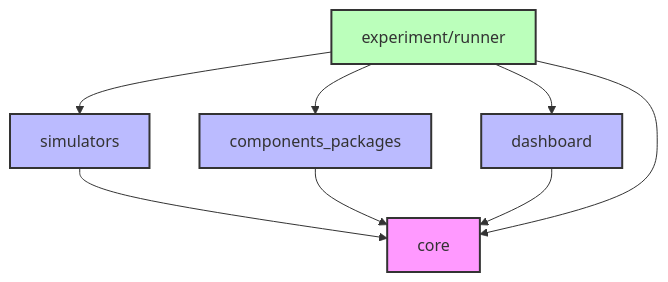
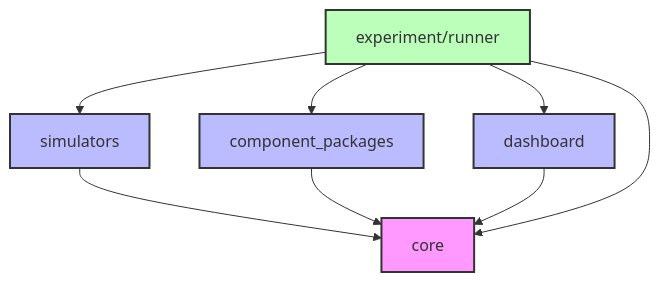
The first of 2 diagrams in README.md (masahiro-kubota/python-self-driving-simulator), drawn with Mermaid before and after one commit. The commit also changed other lines of this file and 27 other files, not shown here.

````diff
--- a/README.md
+++ b/README.md
@@ -80,29 +80,29 @@
 ```mermaid
 graph TD
     %% Core Framework
     Core[core]
 
     %% Simulators
     Sim[simulators] --> Core
 
     %% Components
-    Comp[components_packages] --> Core
+    Comp[component_packages] --> Core
 
     %% Dashboard
     Dash[dashboard] --> Core
 
     %% Experiment Runner
     Runner[experiment/runner] --> Core
     Runner --> Sim
     Runner --> Comp
     Runner --> Dash
 
     %% Styling
     classDef core fill:#f9f,stroke:#333,stroke-width:2px;
     classDef impl fill:#bbf,stroke:#333,stroke-width:2px;
     classDef app fill:#bfb,stroke:#333,stroke-width:2px;
 
     class Core core;
     class Sim,Comp,Dash impl;
     class Runner app;
 ```
````
